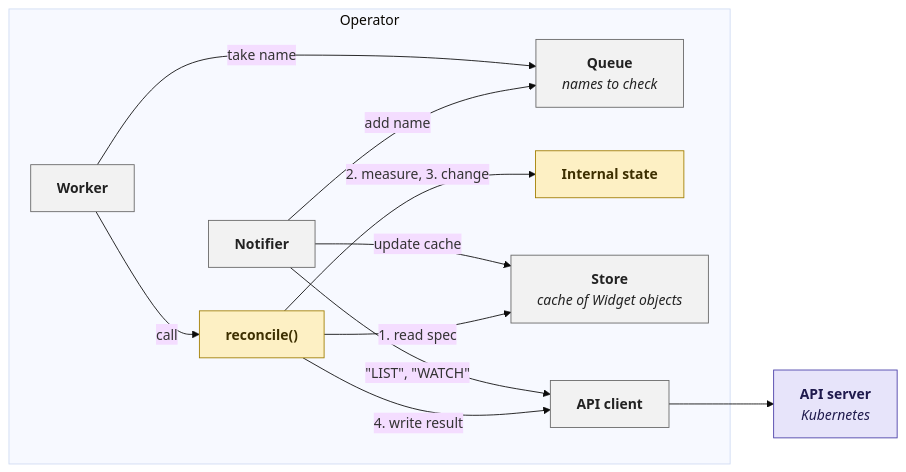
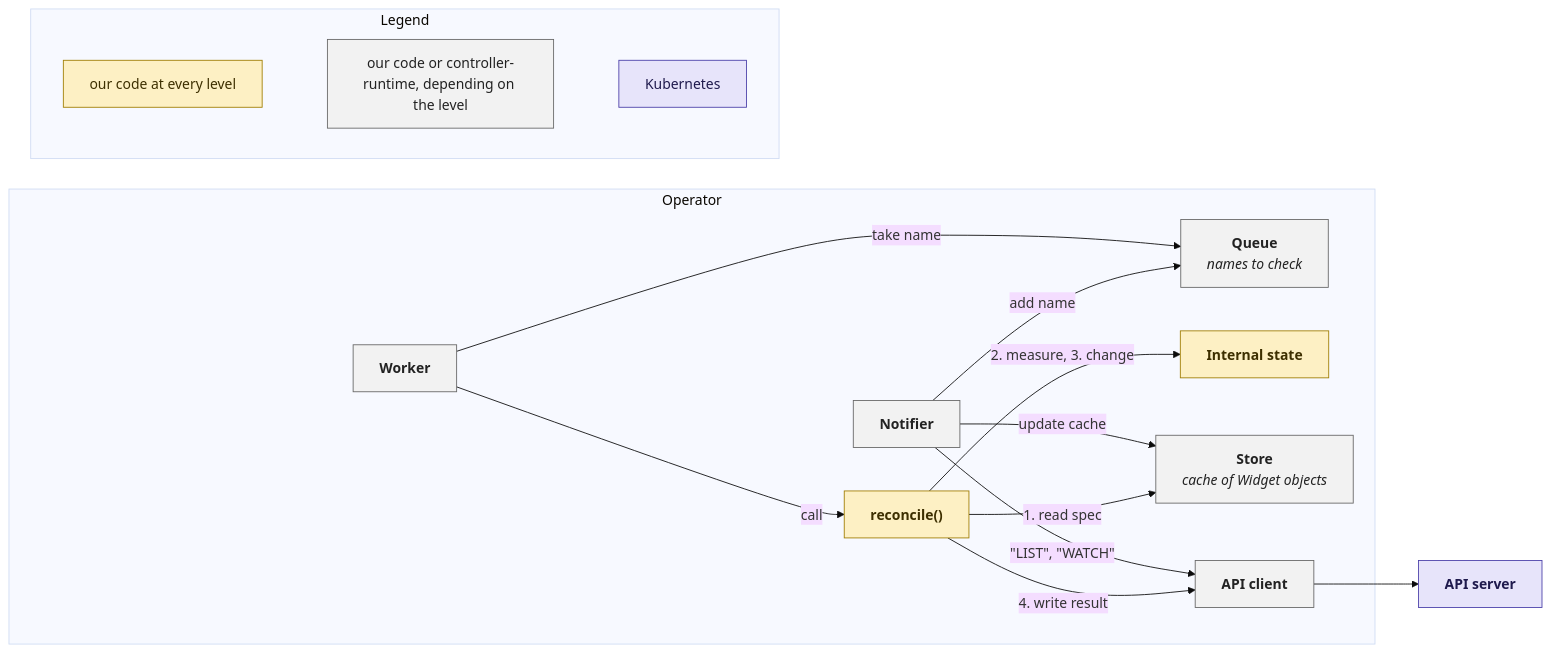
Before and after one commit to dec1/kubernetes-operators: the diagram in levels/readme.md, drawn with Mermaid (base theme). The commit also changed other lines of this file, not shown here.

Commit message:
add legend for diagram

````diff
--- a/levels/readme.md
+++ b/levels/readme.md
@@ -15,31 +15,37 @@
 ```mermaid
 flowchart LR
     subgraph operator["Operator"]
         notifier["`**Notifier**`"]
         queue["`**Queue**
         _names to check_`"]
         worker["`**Worker**`"]
         reconcile["`**reconcile()**`"]
         internal["`**Internal state**`"]
         store["`**Store**
         _cache of Widget objects_`"]
         client["`**API client**`"]
     end
-    api["`**API server**
-    _Kubernetes_`"]
+    api["`**API server**`"]
+    subgraph legend["Legend"]
+        direction LR
+        legend_ours["our code at every level"]
+        legend_other["our code or controller-runtime, depending on the level"]
+        legend_kubernetes["Kubernetes"]
+        legend_ours ~~~ legend_other ~~~ legend_kubernetes
+    end
     notifier -->|"add name"| queue
     worker -->|"take name"| queue
     worker -->|"call"| reconcile
     reconcile -->|"2. measure, 3. change"| internal
     reconcile -->|"1. read spec"| store
     reconcile -->|"4. write result"| client
     notifier -->|"update cache"| store
     notifier -->|"#quot;LIST#quot;, #quot;WATCH#quot;"| client
     client --> api
     classDef ours fill:#fdf0c4,stroke:#a07d00,color:#3d2f00
     classDef other fill:#f2f2f2,stroke:#666666,color:#222222
     classDef kubernetes fill:#e7e4fa,stroke:#4a3fa8,color:#1f1a4d
-    class reconcile,internal ours
-    class notifier,queue,worker,store,client other
-    class api kubernetes
+    class reconcile,internal,legend_ours ours
+    class notifier,queue,worker,store,client,legend_other other
+    class api,legend_kubernetes kubernetes
 ```
````
